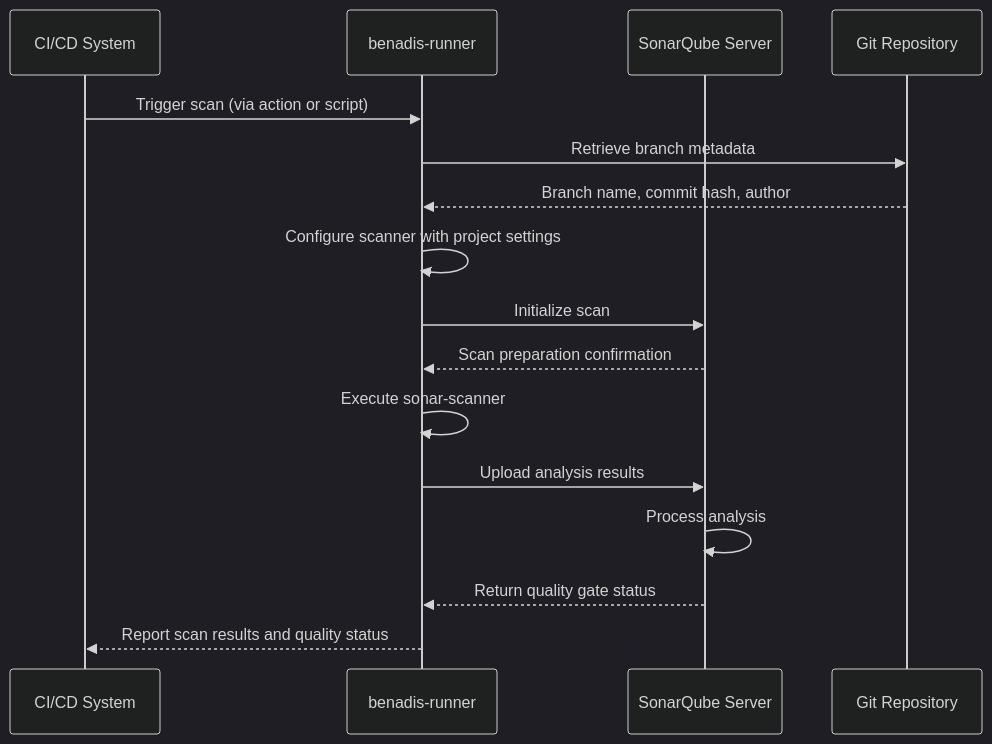
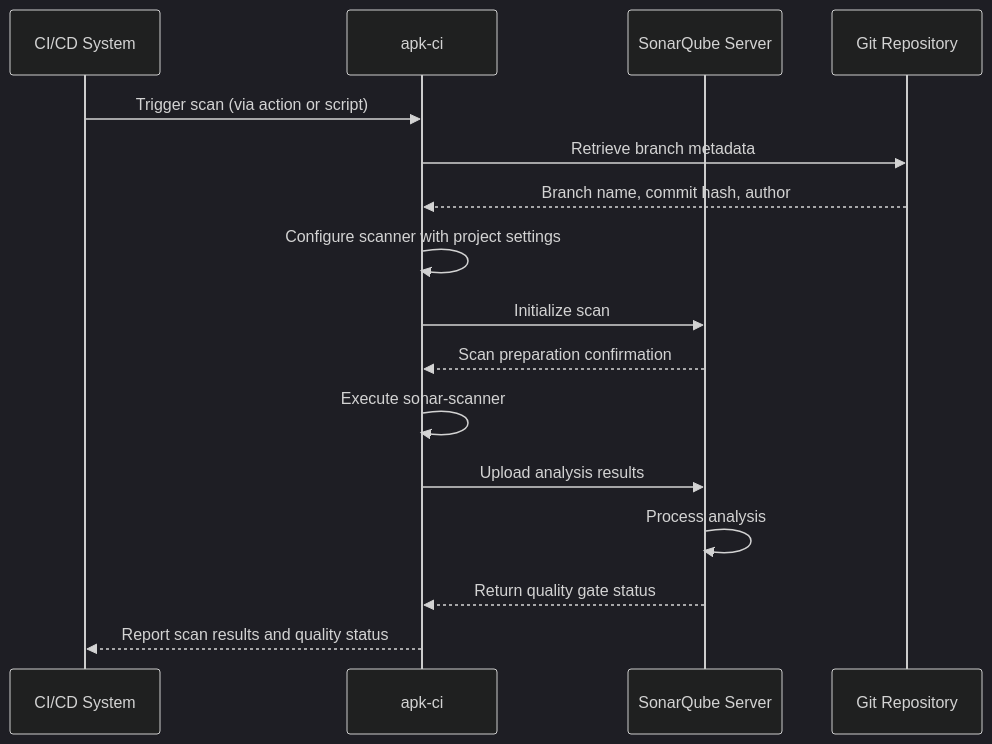
Before and after one commit to Kargones/apk-ci: the diagram in .qoder/repowiki/en/content/Examples & Use Cases.md, drawn with Mermaid (dark theme). The commit also changed other lines of this file and 189 other files, not shown here.

Commit message:
Замена benadis-runner на apk-ci.

````diff
--- a/.qoder/repowiki/en/content/Examples & Use Cases.md
+++ b/.qoder/repowiki/en/content/Examples & Use Cases.md
@@ -92,18 +92,18 @@
 ```mermaid
 sequenceDiagram
 participant CI as CI/CD System
-participant Runner as benadis-runner
+participant Runner as apk-ci
 participant SonarQube as SonarQube Server
 participant Git as Git Repository
 CI->>Runner : Trigger scan (via action or script)
 Runner->>Git : Retrieve branch metadata
 Git-->>Runner : Branch name, commit hash, author
 Runner->>Runner : Configure scanner with project settings
 Runner->>SonarQube : Initialize scan
 SonarQube-->>Runner : Scan preparation confirmation
 Runner->>Runner : Execute sonar-scanner
 Runner->>SonarQube : Upload analysis results
 SonarQube->>SonarQube : Process analysis
 SonarQube-->>Runner : Return quality gate status
 Runner-->>CI : Report scan results and quality status
 ```
````
